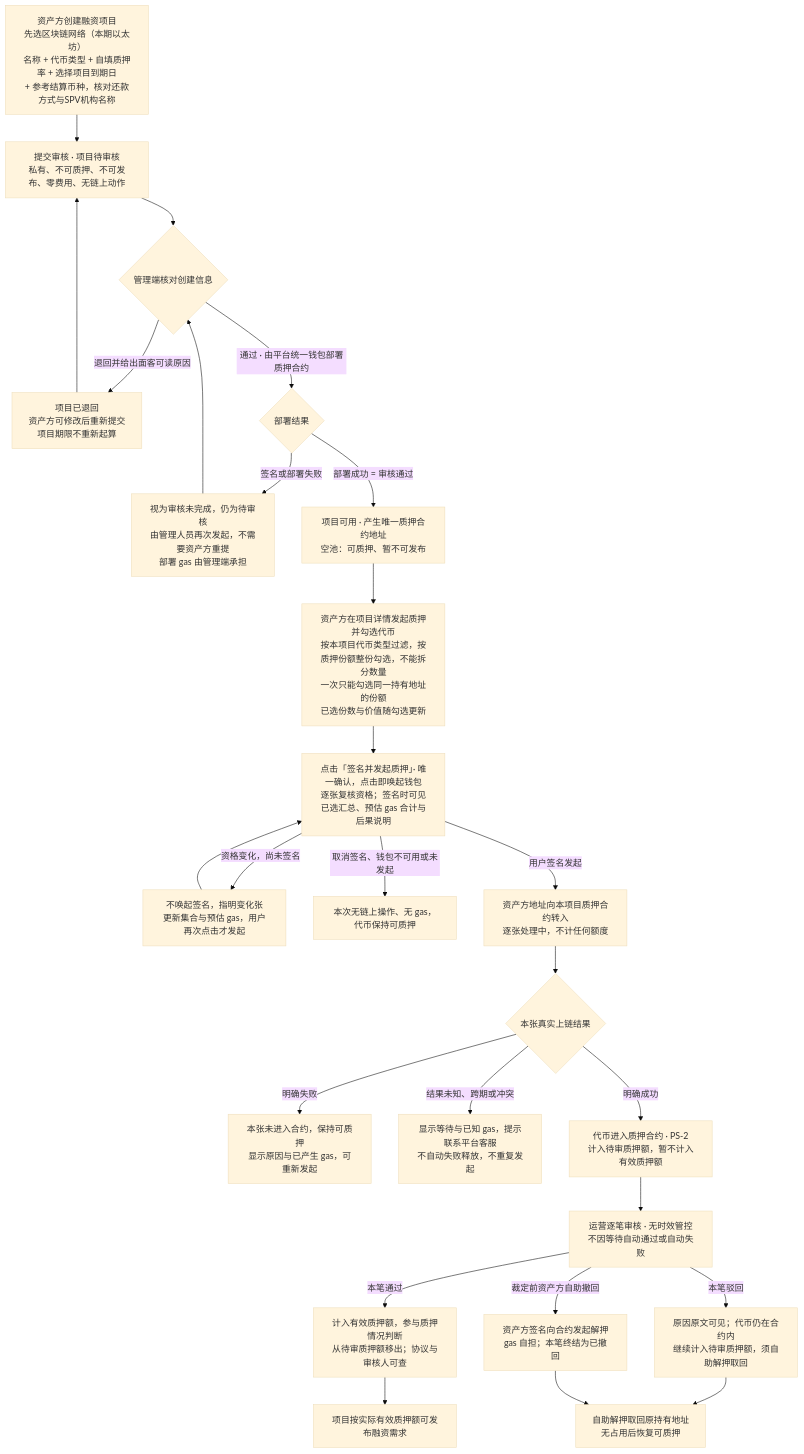
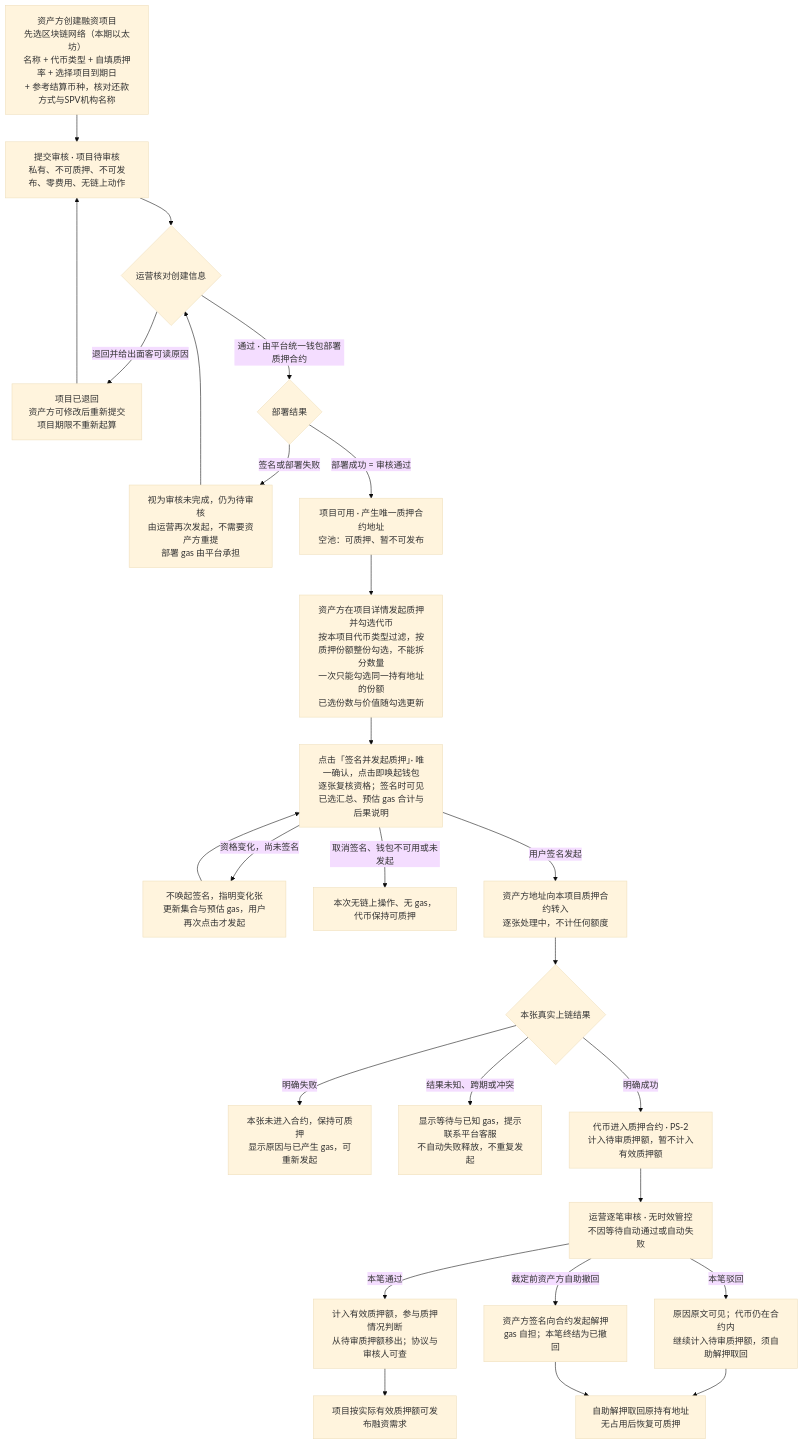
The first of 10 diagrams in lending-platform/PRD/面客端/05-借贷广场-融资需求与代币质押/02-融资需求与代币质押-流程图与状态机.md (wxblockchain/Chain-Financing), drawn with Mermaid (base theme) before and after one commit. The commit also changed other lines of this file and 6 other files, not shown here.

````diff
--- a/lending-platform/PRD/面客端/05-借贷广场-融资需求与代币质押/02-融资需求与代币质押-流程图与状态机.md
+++ b/lending-platform/PRD/面客端/05-借贷广场-融资需求与代币质押/02-融资需求与代币质押-流程图与状态机.md
@@ -25,28 +25,28 @@
 ```mermaid
 flowchart TD
   A0["资产方创建融资项目<br/>先选区块链网络（本期以太坊）<br/>名称 + 代币类型 + 自填质押率 + 选择项目到期日<br/>+ 参考结算币种，核对还款方式与SPV机构名称"] --> A1["提交审核 · 项目待审核<br/>私有、不可质押、不可发布、零费用、无链上动作"]
-  A1 --> A2{"管理端核对创建信息"}
+  A1 --> A2{"运营核对创建信息"}
   A2 -- "退回并给出面客可读原因" --> A3["项目已退回<br/>资产方可修改后重新提交<br/>项目期限不重新起算"]
   A3 --> A1
   A2 -- "通过 · 由平台统一钱包部署质押合约" --> A4{"部署结果"}
-  A4 -- "签名或部署失败" --> A5["视为审核未完成，仍为待审核<br/>由管理人员再次发起，不需要资产方重提<br/>部署 gas 由管理端承担"]
+  A4 -- "签名或部署失败" --> A5["视为审核未完成，仍为待审核<br/>由运营再次发起，不需要资产方重提<br/>部署 gas 由平台承担"]
   A5 --> A2
   A4 -- "部署成功 = 审核通过" --> A6["项目可用 · 产生唯一质押合约地址<br/>空池：可质押、暂不可发布"]
   A6 --> A["资产方在项目详情发起质押并勾选代币<br/>按本项目代币类型过滤，按质押份额整份勾选，不能拆分数量<br/>一次只能勾选同一持有地址的份额<br/>已选份数与价值随勾选更新"]
   A --> H["点击「签名并发起质押」· 唯一确认，点击即唤起钱包<br/>逐张复核资格；签名时可见已选汇总、预估 gas 合计与后果说明"]
   H -- "资格变化，尚未签名" --> I["不唤起签名，指明变化张<br/>更新集合与预估 gas，用户再次点击才发起"]
   I --> H
   H -- "取消签名、钱包不可用或未发起" --> J["本次无链上操作、无 gas，代币保持可质押"]
   H -- "用户签名发起" --> K["资产方地址向本项目质押合约转入<br/>逐张处理中，不计任何额度"]
   K --> L{"本张真实上链结果"}
   L -- "明确失败" --> N["本张未进入合约，保持可质押<br/>显示原因与已产生 gas，可重新发起"]
   L -- "结果未知、跨期或冲突" --> O["显示等待与已知 gas，提示联系平台客服<br/>不自动失败释放，不重复发起"]
   L -- "明确成功" --> M["代币进入质押合约 · PS-2<br/>计入待审质押额，暂不计入有效质押额"]
   M --> C["运营逐笔审核 · 无时效管控<br/>不因等待自动通过或自动失败"]
   C -- "本笔通过" --> P["计入有效质押额，参与质押情况判断<br/>从待审质押额移出；协议与审核人可查"]
   C -- "本笔驳回" --> Q["原因原文可见；代币仍在合约内<br/>继续计入待审质押额，须自助解押取回"]
   C -- "裁定前资产方自助撤回" --> R["资产方签名向合约发起解押<br/>gas 自担；本笔终结为已撤回"]
   Q --> S["自助解押取回原持有地址<br/>无占用后恢复可质押"]
   R --> S
   P --> T["项目按实际有效质押额可发布融资需求"]
 ```
````
